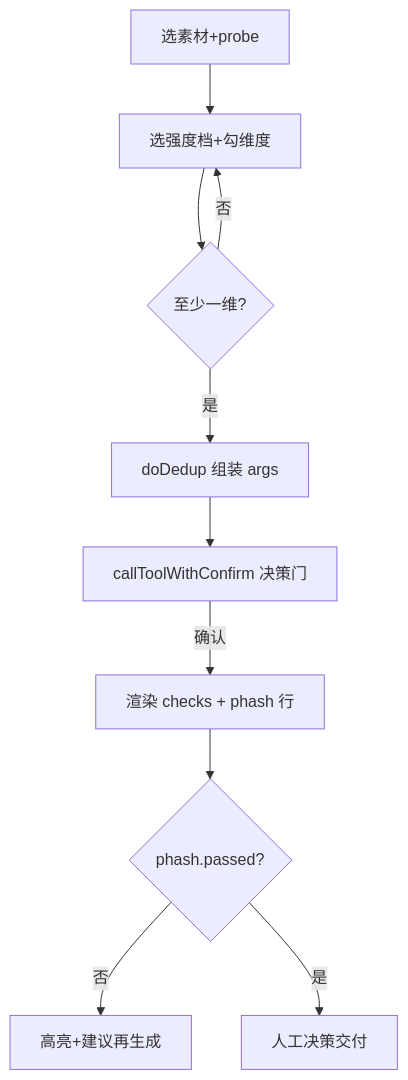
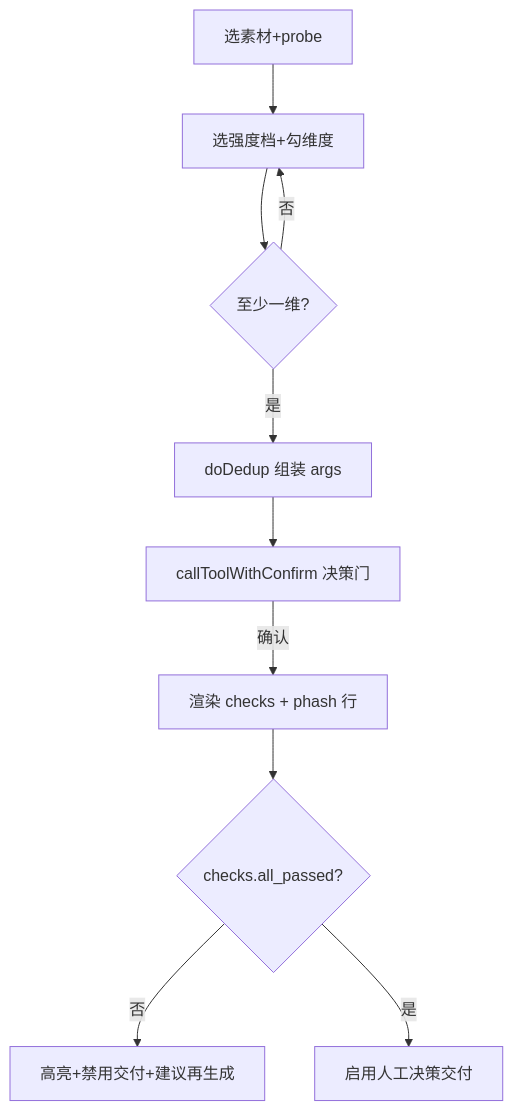
The second of 2 diagrams in docs/02-方案设计/02-系统详细设计说明书【DD（Detailed Design）】.md (luckly06/video-mcp), drawn with Mermaid before and after one commit. The commit also changed other lines of this file and 54 other files, not shown here.

````diff
--- a/docs/02-方案设计/02-系统详细设计说明书【DD（Detailed Design）】.md
+++ b/docs/02-方案设计/02-系统详细设计说明书【DD（Detailed Design）】.md
@@ -414,12 +498,12 @@
 ```mermaid
 flowchart TD
     A[选素材+probe] --> B[选强度档+勾维度]
     B --> C{至少一维?}
     C -->|否| B
     C -->|是| D[doDedup 组装 args]
     D --> E[callToolWithConfirm 决策门]
     E -->|确认| F[渲染 checks + phash 行]
-    F --> G{phash.passed?}
-    G -->|否| H[高亮+建议再生成]
-    G -->|是| I[人工决策交付]
+    F --> G{checks.all_passed?}
+    G -->|否| H[高亮+禁用交付+建议再生成]
+    G -->|是| I[启用人工决策交付]
 ```
````
